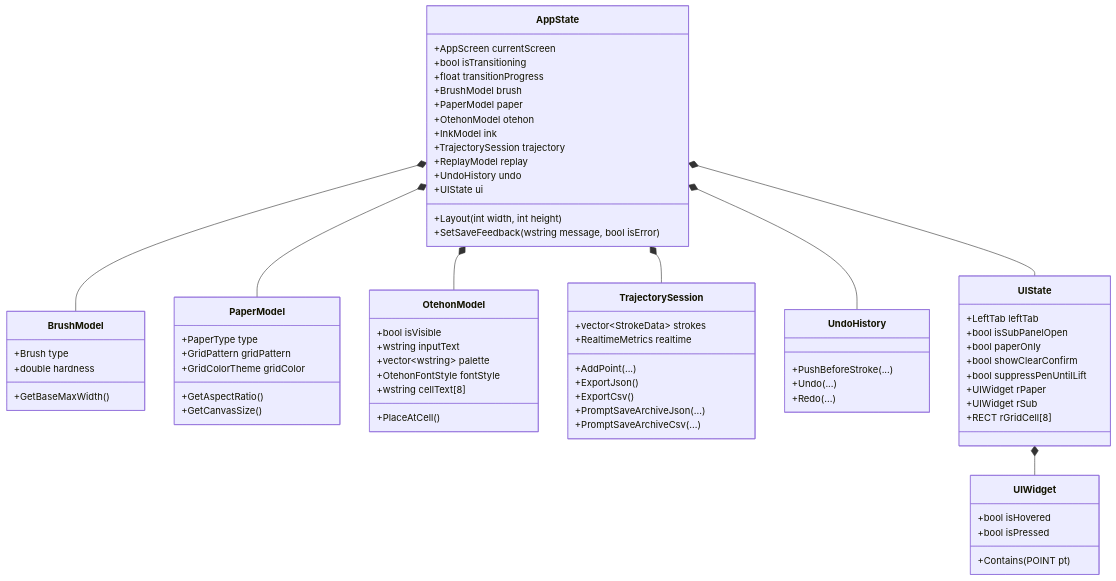
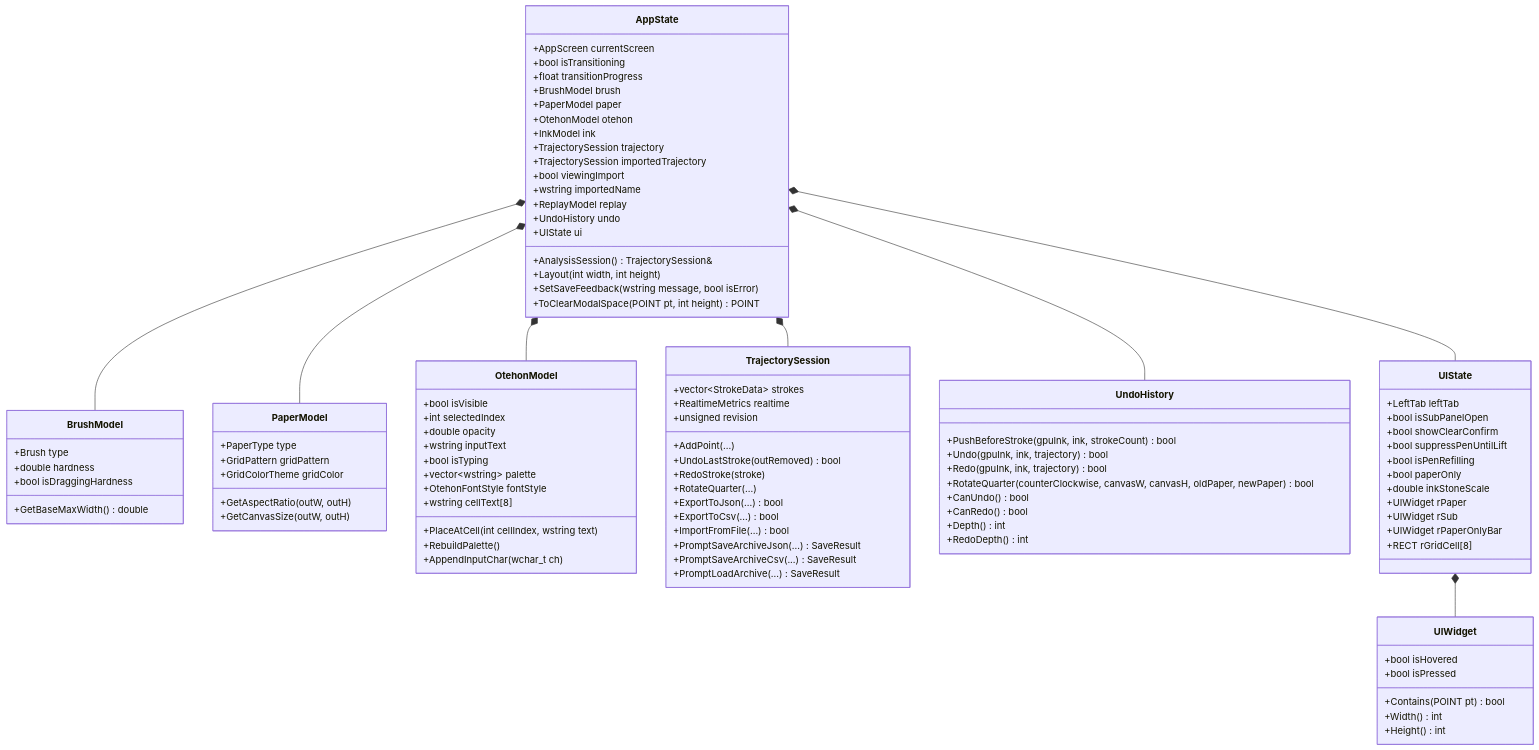
One commit to OkuboKazuki/Fude_Sense changed the diagram in learn/models.md. Above: the diagram before and after it, drawn with Mermaid. The commit also changed other lines of this file and 6 other files, not shown here.

```diff
--- a/learn/models.md
+++ b/learn/models.md
@@ -19,67 +19,94 @@
         +OtehonModel otehon
         +InkModel ink
         +TrajectorySession trajectory
+        +TrajectorySession importedTrajectory
+        +bool viewingImport
+        +wstring importedName
         +ReplayModel replay
         +UndoHistory undo
         +UIState ui
+        +AnalysisSession() TrajectorySession&
         +Layout(int width, int height)
         +SetSaveFeedback(wstring message, bool isError)
+        +ToClearModalSpace(POINT pt, int height) POINT
     }
 
     class BrushModel {
         +Brush type
         +double hardness
-        +GetBaseMaxWidth()
+        +bool isDraggingHardness
+        +GetBaseMaxWidth() double
     }
 
     class PaperModel {
         +PaperType type
         +GridPattern gridPattern
         +GridColorTheme gridColor
-        +GetAspectRatio()
-        +GetCanvasSize()
+        +GetAspectRatio(outW, outH)
+        +GetCanvasSize(outW, outH)
     }
 
     class OtehonModel {
         +bool isVisible
+        +int selectedIndex
+        +double opacity
         +wstring inputText
+        +bool isTyping
         +vector~wstring~ palette
         +OtehonFontStyle fontStyle
         +wstring cellText[8]
-        +PlaceAtCell()
+        +PlaceAtCell(int cellIndex, wstring text)
+        +RebuildPalette()
+        +AppendInputChar(wchar_t ch)
     }
 
     class TrajectorySession {
         +vector~StrokeData~ strokes
         +RealtimeMetrics realtime
+        +unsigned revision
         +AddPoint(...)
-        +ExportJson()
-        +ExportCsv()
-        +PromptSaveArchiveJson(...)
-        +PromptSaveArchiveCsv(...)
+        +UndoLastStroke(outRemoved) bool
+        +RedoStroke(stroke)
+        +RotateQuarter(...)
+        +ExportToJson(...) bool
+        +ExportToCsv(...) bool
+        +ImportFromFile(...) bool
+        +PromptSaveArchiveJson(...) SaveResult
+        +PromptSaveArchiveCsv(...) SaveResult
+        +PromptLoadArchive(...) SaveResult
     }
 
     class UndoHistory {
-        +PushBeforeStroke(...)
-        +Undo(...)
-        +Redo(...)
+        +PushBeforeStroke(gpuInk, ink, strokeCount) bool
+        +Undo(gpuInk, ink, trajectory) bool
+        +Redo(gpuInk, ink, trajectory) bool
+        +RotateQuarter(counterClockwise, canvasW, canvasH, oldPaper, newPaper) bool
+        +CanUndo() bool
+        +CanRedo() bool
+        +Depth() int
+        +RedoDepth() int
     }
 
     class UIState {
         +LeftTab leftTab
         +bool isSubPanelOpen
-        +bool paperOnly
         +bool showClearConfirm
         +bool suppressPenUntilLift
+        +bool isPenRefilling
+        +bool paperOnly
+        +double inkStoneScale
         +UIWidget rPaper
         +UIWidget rSub
+        +UIWidget rPaperOnlyBar
         +RECT rGridCell[8]
     }
 
     class UIWidget {
         +bool isHovered
         +bool isPressed
-        +Contains(POINT pt)
+        +Contains(POINT pt) bool
+        +Width() int
+        +Height() int
     }
 
     AppState *-- BrushModel
```
